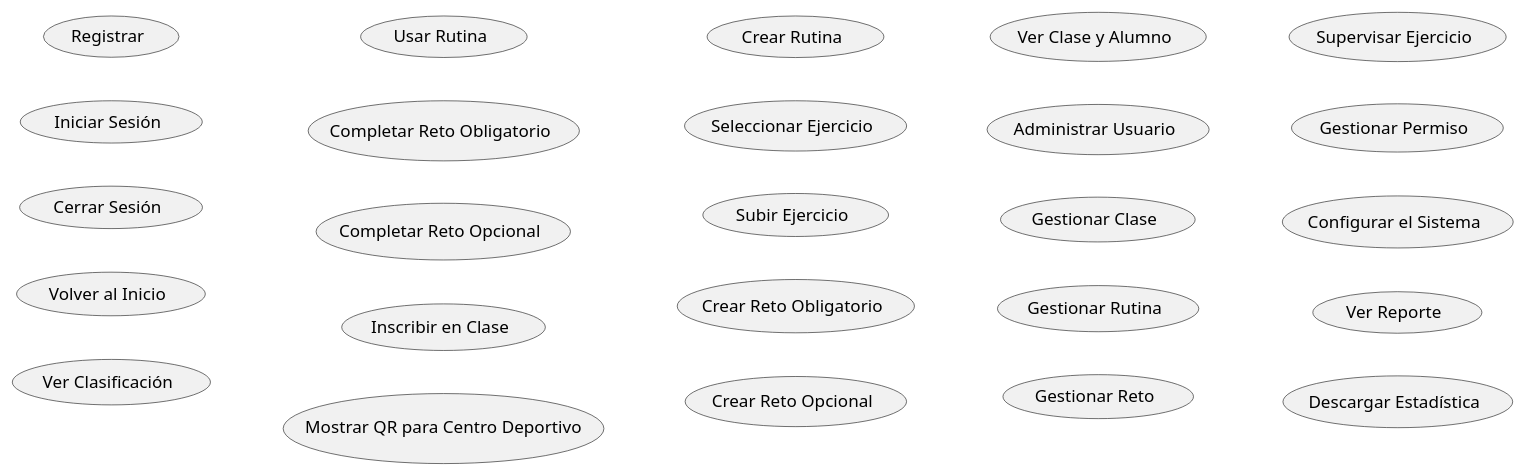
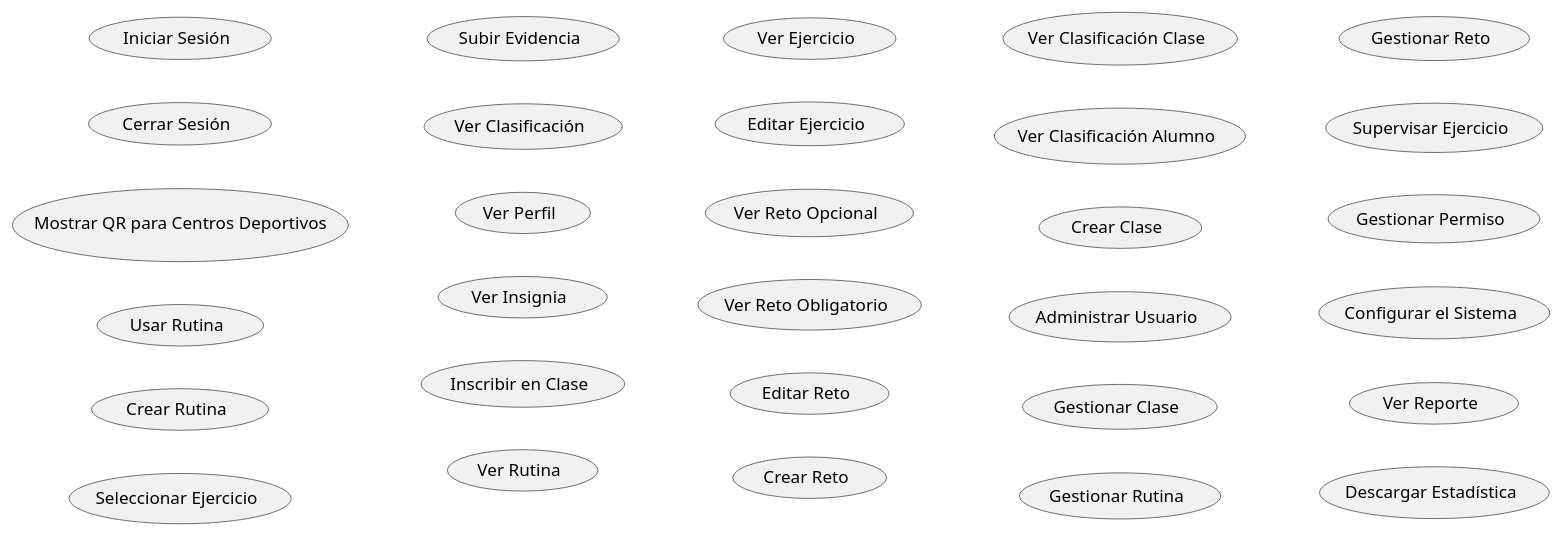
The diagram in Documentos/CasosUso/CasosUso.puml (mmasias/24-25-IdSw1-SDR), drawn with PlantUML before and after one commit.

```diff
--- a/Documentos/CasosUso/CasosUso.puml
+++ b/Documentos/CasosUso/CasosUso.puml
@@ -1,35 +1,36 @@
 @startuml
 left to right direction
 
-usecase "Registrar" as Registrarse
-
 usecase "Iniciar Sesión" as IniciarSesion
 usecase "Cerrar Sesión" as CerrarSesion
-usecase "Volver al Inicio" as VolverInicio
+usecase "Mostrar QR para Centros Deportivos" as MostrarQRCentros
+usecase "Usar Rutina" as UsarRutina
+usecase "Crear Rutina" as CrearRutina
+usecase "Seleccionar Ejercicio" as SeleccionarEjercicio
+usecase "Subir Evidencia" as SubirEvidencia
+usecase "Ver Clasificación" as VerClasificacion
+usecase "Ver Perfil" as VerPerfil
+usecase "Ver Insignia" as VerInsignia
+usecase "Inscribir en Clase" as InscribirseClase
+usecase "Ver Rutina" as VerRutina
+usecase "Ver Ejercicio" as VerEjercicio
+usecase "Editar Ejercicio" as EditarEjercicio
+usecase "Ver Reto Opcional" as VerRetoOpcional
+usecase "Ver Reto Obligatorio" as VerRetoObligatorio
+usecase "Editar Reto" as EditarReto
+usecase "Crear Reto" as CrearReto
+usecase "Ver Clasificación Clase" as VerClasificacionClase
+usecase "Ver Clasificación Alumno" as VerClasificacionAlumno
+usecase "Crear Clase" as CrearClase
 
-usecase "Ver Clasificación" as VerClasificacion
-usecase "Usar Rutina" as UsarRutina
-usecase "Completar Reto Obligatorio" as CompletarRetoObligatorio
-usecase "Completar Reto Opcional" as CompletarRetoOpcional
-usecase "Inscribir en Clase" as InscribirseClase
-usecase "Mostrar QR para Centro Deportivo" as UsarQR
-usecase "Crear Rutina" as CrearRutinaPersonalizada
-usecase "Seleccionar Ejercicio" as SeleccionarEjercicio
-
-usecase "Subir Ejercicio" as SubirEjercicio
-usecase "Crear Reto Obligatorio" as CrearRetoObligatorio
-usecase "Crear Reto Opcional" as CrearRetoOpcional
-usecase "Ver Clase y Alumno" as VerClaseAlumno
-
-usecase "Administrar Usuario" as AdministrarUsuario
-usecase "Gestionar Clase" as GestionarClase
-usecase "Gestionar Rutina" as GestionarRutina
-usecase "Gestionar Reto" as GestionarReto
-usecase "Supervisar Ejercicio" as SupervisarEjercicio
-usecase "Gestionar Permiso" as GestionarPermiso
+usecase "Administrar Usuario" as AdministrarUsuarios
+usecase "Gestionar Clase" as GestionarClases
+usecase "Gestionar Rutina" as GestionarRutinas
+usecase "Gestionar Reto" as GestionarRetos
+usecase "Supervisar Ejercicio" as SupervisarEjercicios
+usecase "Gestionar Permiso" as GestionarPermisos
 usecase "Configurar el Sistema" as ConfigurarSistema
-usecase "Ver Reporte" as VerReporte
-usecase "Descargar Estadística" as DescargarEstadistica
-
+usecase "Ver Reporte" as VerReportes
+usecase "Descargar Estadística" as DescargarEstadisticas
 
 @enduml
```
